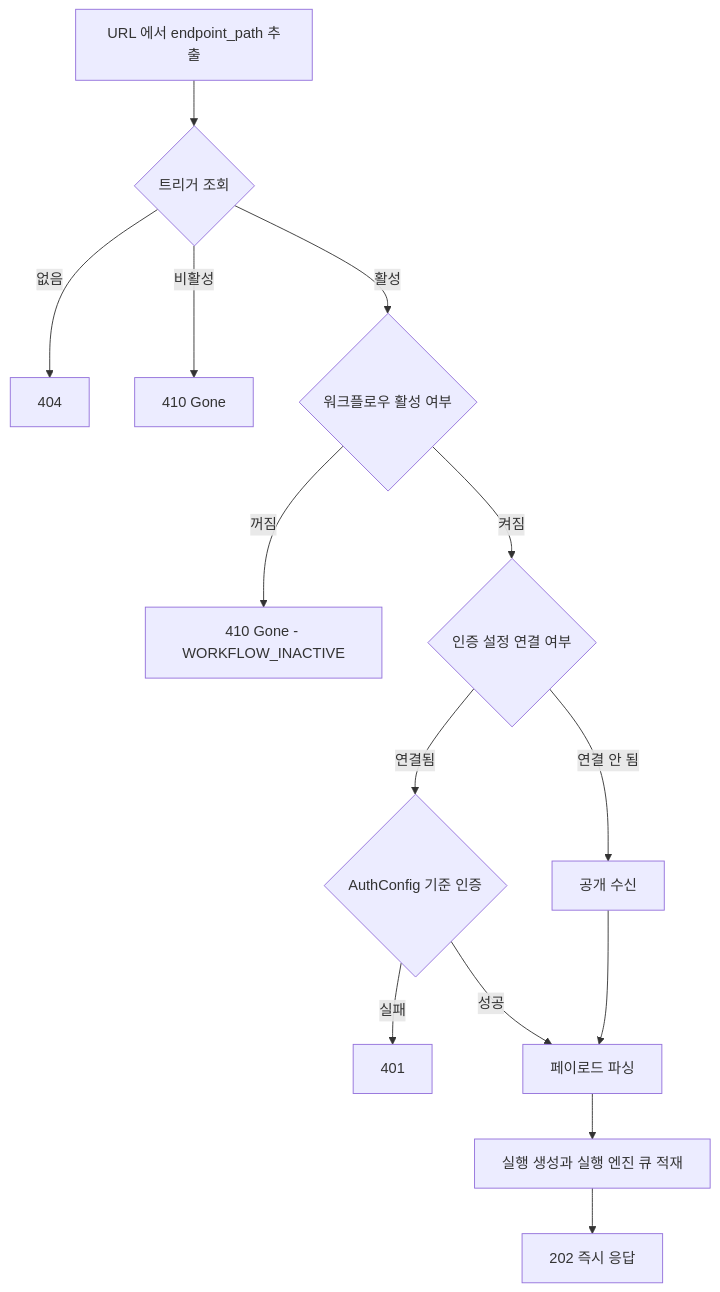
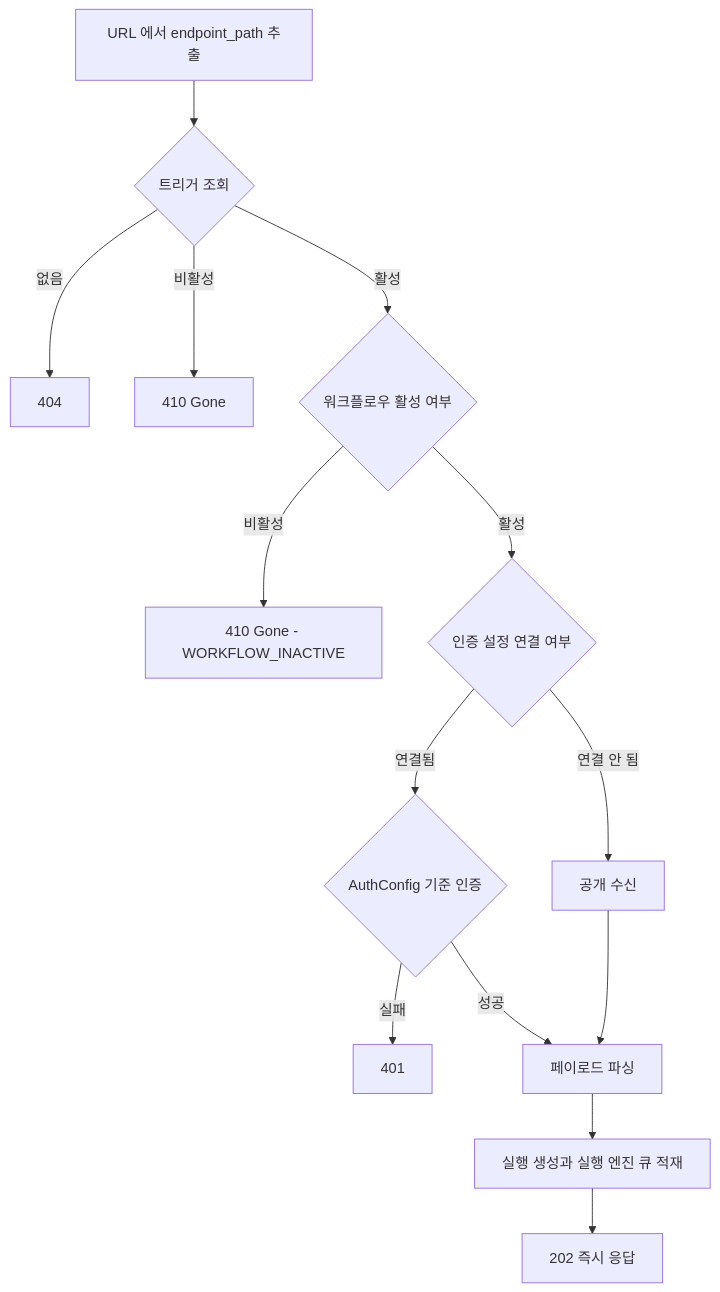
The diagram in spec/CLE-API/CLE-API-CONV.md (worker-ants/clemvion), drawn with Mermaid before and after one commit. The commit also changed other lines of this file and 13 other files, not shown here.

````diff
--- a/spec/CLE-API/CLE-API-CONV.md
+++ b/spec/CLE-API/CLE-API-CONV.md
@@ -385,16 +385,16 @@
 ```mermaid
 flowchart TD
   A[URL 에서 endpoint_path 추출] --> B{트리거 조회}
   B -- 없음 --> B1[404]
   B -- 비활성 --> B2[410 Gone]
   B -- 활성 --> W{워크플로우 활성 여부}
-  W -- 꺼짐 --> W2[410 Gone - WORKFLOW_INACTIVE]
-  W -- 켜짐 --> C{인증 설정 연결 여부}
+  W -- 비활성 --> W2[410 Gone - WORKFLOW_INACTIVE]
+  W -- 활성 --> C{인증 설정 연결 여부}
   C -- 연결 안 됨 --> E[공개 수신]
   C -- 연결됨 --> D{AuthConfig 기준 인증}
   D -- 실패 --> D1[401]
   D -- 성공 --> F[페이로드 파싱]
   E --> F
   F --> G[실행 생성과 실행 엔진 큐 적재]
   G --> H[202 즉시 응답]
 ```
````
